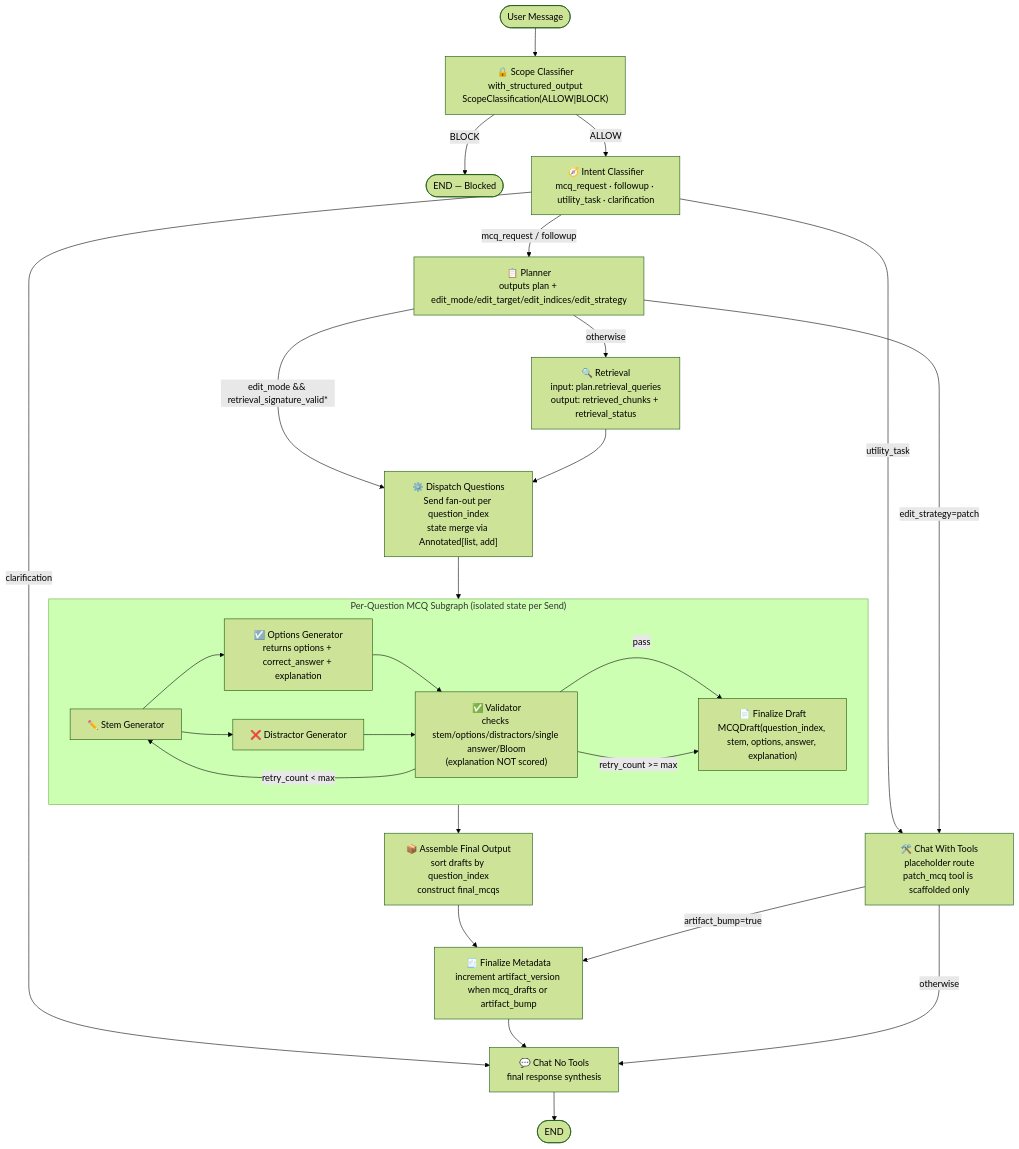
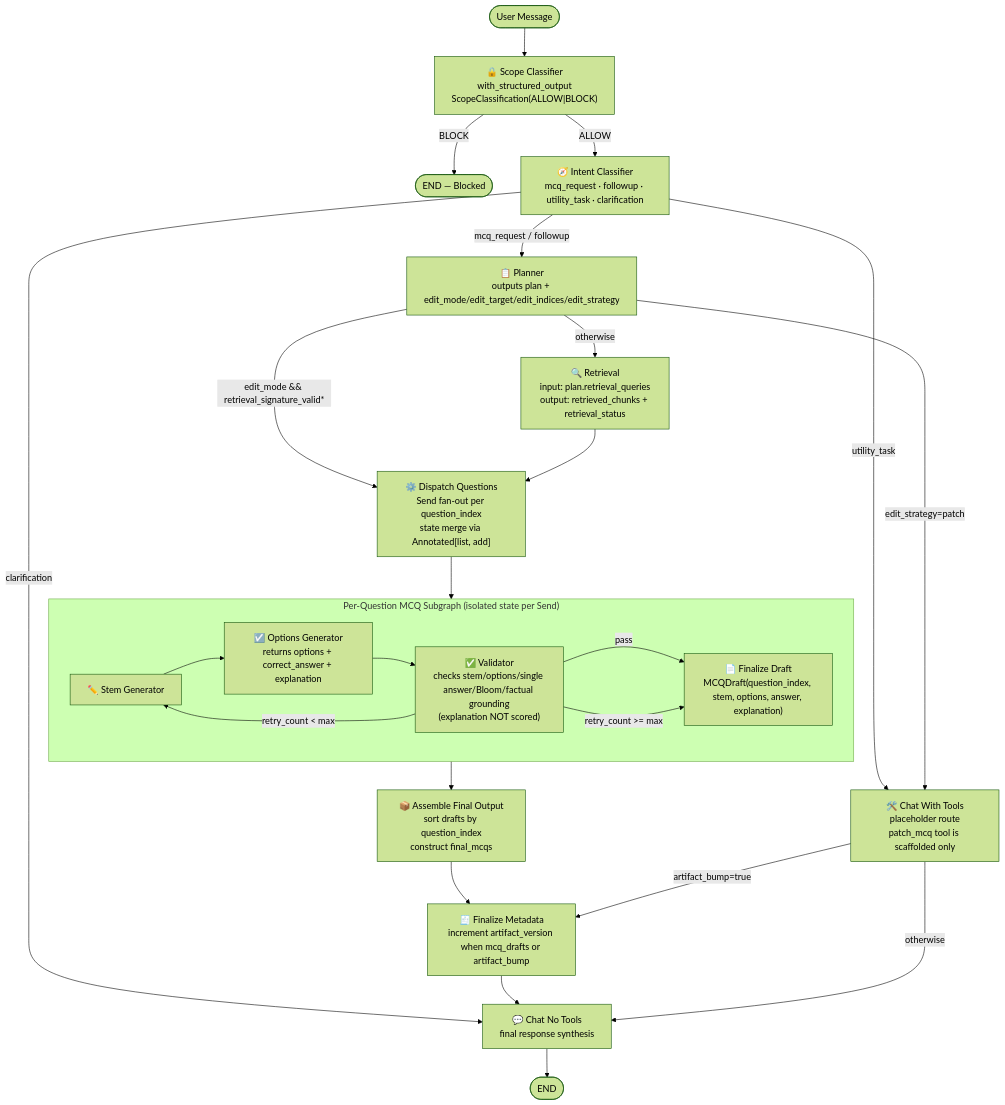
One commit to Krishnapthm/otis changed the diagram in src/agents/utils/flowchart.md. Above: the diagram before and after it, drawn with Mermaid (forest theme). The commit also changed 16 other files, not shown here.

````diff
--- a/src/agents/utils/flowchart.md
+++ b/src/agents/utils/flowchart.md
@@ -3,49 +3,46 @@
 ```mermaid
 flowchart TD
         START([User Message]) --> SC
 
         SC["🔒 Scope Classifier\nwith_structured_output\nScopeClassification(ALLOW|BLOCK)"]
         SC -->|BLOCK| BLOCKED_END([END — Blocked])
         SC -->|ALLOW| IC
 
         IC["🧭 Intent Classifier\nmcq_request · followup · utility_task · clarification"]
         IC -->|mcq_request / followup| PLANNER
         IC -->|utility_task| CHAT_TOOLS
         IC -->|clarification| CHAT_NO_TOOLS
 
         PLANNER["📋 Planner\noutputs plan + edit_mode/edit_target/edit_indices/edit_strategy"]
         PLANNER -->|edit_strategy=patch| CHAT_TOOLS
         PLANNER -->|edit_mode && retrieval_signature_valid*| DISPATCH
         PLANNER -->|otherwise| RETRIEVAL
 
         RETRIEVAL["🔍 Retrieval\ninput: plan.retrieval_queries\noutput: retrieved_chunks + retrieval_status"]
         RETRIEVAL --> DISPATCH
 
         DISPATCH["⚙️ Dispatch Questions\nSend fan-out per question_index\nstate merge via Annotated[list, add]"]
         DISPATCH --> SUBGRAPH
 
         subgraph SUBGRAPH["Per-Question MCQ Subgraph (isolated state per Send)"]
             STEM["✏️ Stem Generator"]
             OPTIONS["☑️ Options Generator\nreturns options + correct_answer + explanation"]
-            DISTRACTORS["❌ Distractor Generator"]
-            VALIDATOR["✅ Validator\nchecks stem/options/distractors/single answer/Bloom\n(explanation NOT scored)"]
+            VALIDATOR["✅ Validator\nchecks stem/options/single answer/Bloom/factual grounding\n(explanation NOT scored)"]
             FINALIZE_DRAFT["📄 Finalize Draft\nMCQDraft(question_index, stem, options, answer, explanation)"]
 
             STEM --> OPTIONS
-            STEM --> DISTRACTORS
             OPTIONS --> VALIDATOR
-            DISTRACTORS --> VALIDATOR
             VALIDATOR -->|pass| FINALIZE_DRAFT
             VALIDATOR -->|retry_count < max| STEM
             VALIDATOR -->|retry_count >= max| FINALIZE_DRAFT
         end
 
         SUBGRAPH --> ASSEMBLE
         ASSEMBLE["📦 Assemble Final Output\nsort drafts by question_index\nconstruct final_mcqs"] --> METADATA
         METADATA["🧾 Finalize Metadata\nincrement artifact_version when mcq_drafts or artifact_bump"] --> CHAT_NO_TOOLS
 
         CHAT_TOOLS["🛠️ Chat With Tools\nplaceholder route\npatch_mcq tool is scaffolded only"] -->|artifact_bump=true| METADATA
         CHAT_TOOLS -->|otherwise| CHAT_NO_TOOLS
 
         CHAT_NO_TOOLS["💬 Chat No Tools\nfinal response synthesis"] --> END_NODE([END])
 ```
````
